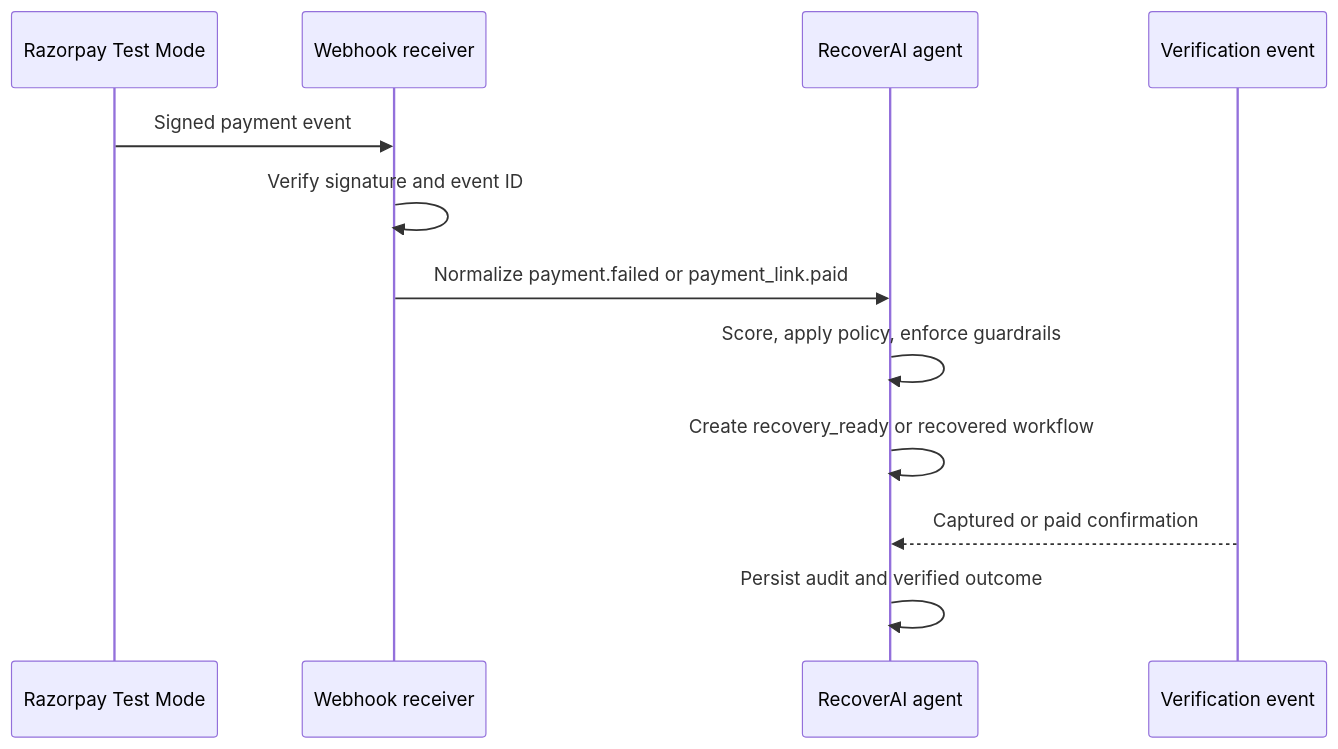
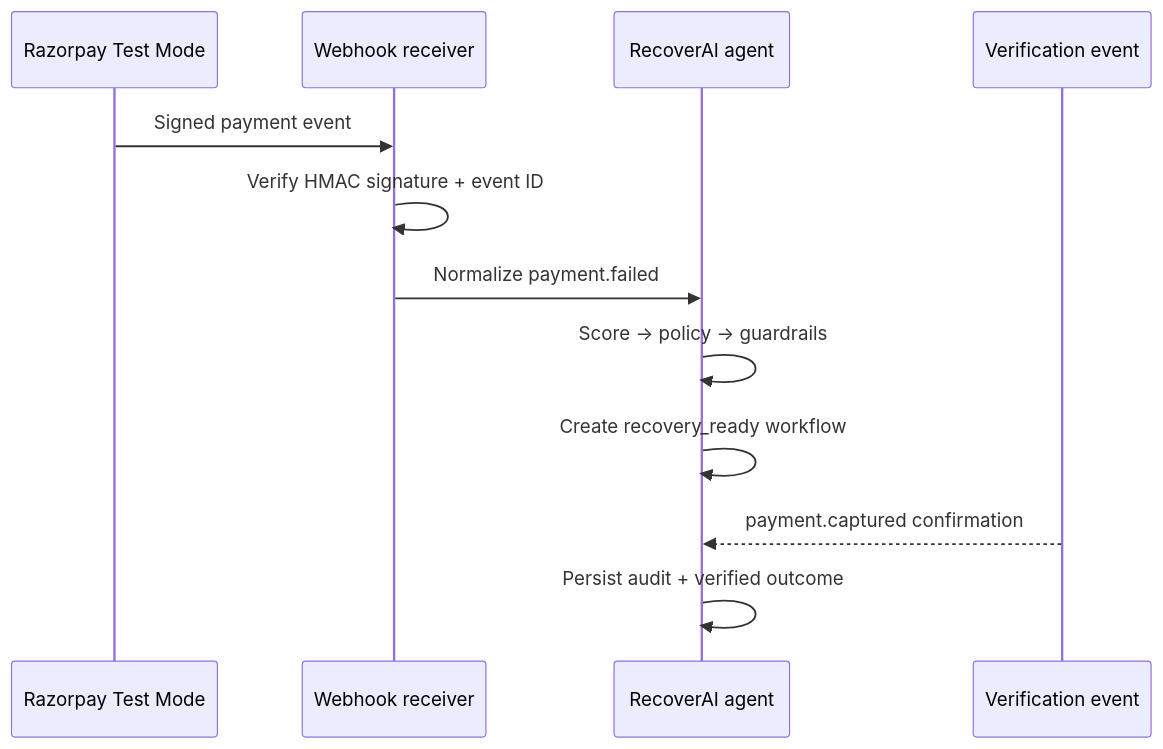
One commit to GHARSHASANDEEP/recoverAI changed the second of 2 diagrams in readme.md. Above: the diagram before and after it, drawn with Mermaid. The commit also changed other lines of this file and 21 other files, not shown here.

Commit message:
Harden recovery workflow for buildathon submission

````diff
--- a/readme.md
+++ b/readme.md
@@ -162,15 +143,15 @@
 ```mermaid
 sequenceDiagram
-   participant R as Razorpay Test Mode
-   participant W as Webhook receiver
-   participant A as RecoverAI agent
-   participant V as Verification event
+    participant R as Razorpay Test Mode
+    participant W as Webhook receiver
+    participant A as RecoverAI agent
+    participant V as Verification event
 
-   R->>W: Signed payment event
-   W->>W: Verify signature and event ID
-   W->>A: Normalize payment.failed or payment_link.paid
-   A->>A: Score, apply policy, enforce guardrails
-   A->>A: Create recovery_ready or recovered workflow
-   V-->>A: Captured or paid confirmation
-   A->>A: Persist audit and verified outcome
+    R->>W: Signed payment event
+    W->>W: Verify HMAC signature + event ID
+    W->>A: Normalize payment.failed
+    A->>A: Score → policy → guardrails
+    A->>A: Create recovery_ready workflow
+    V-->>A: payment.captured confirmation
+    A->>A: Persist audit + verified outcome
 ```
````
